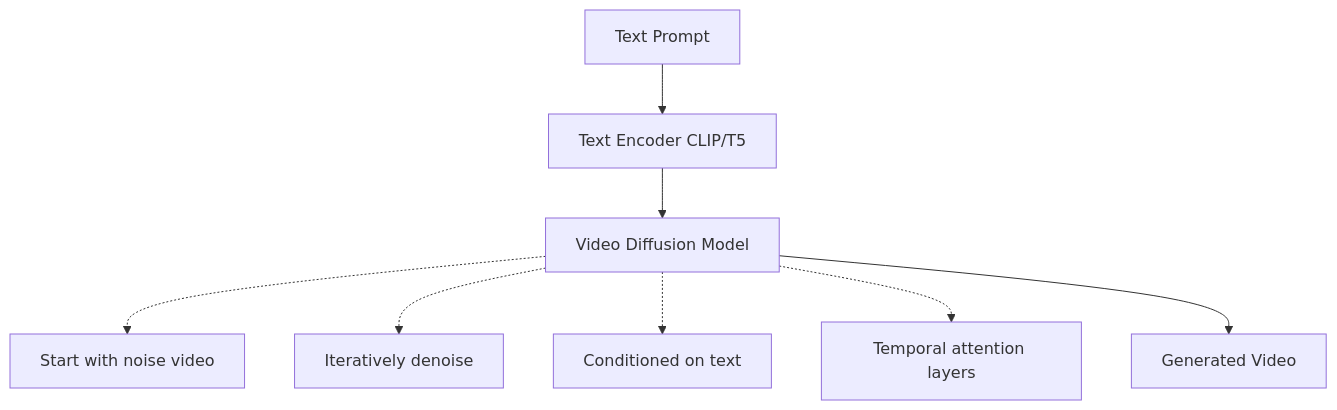
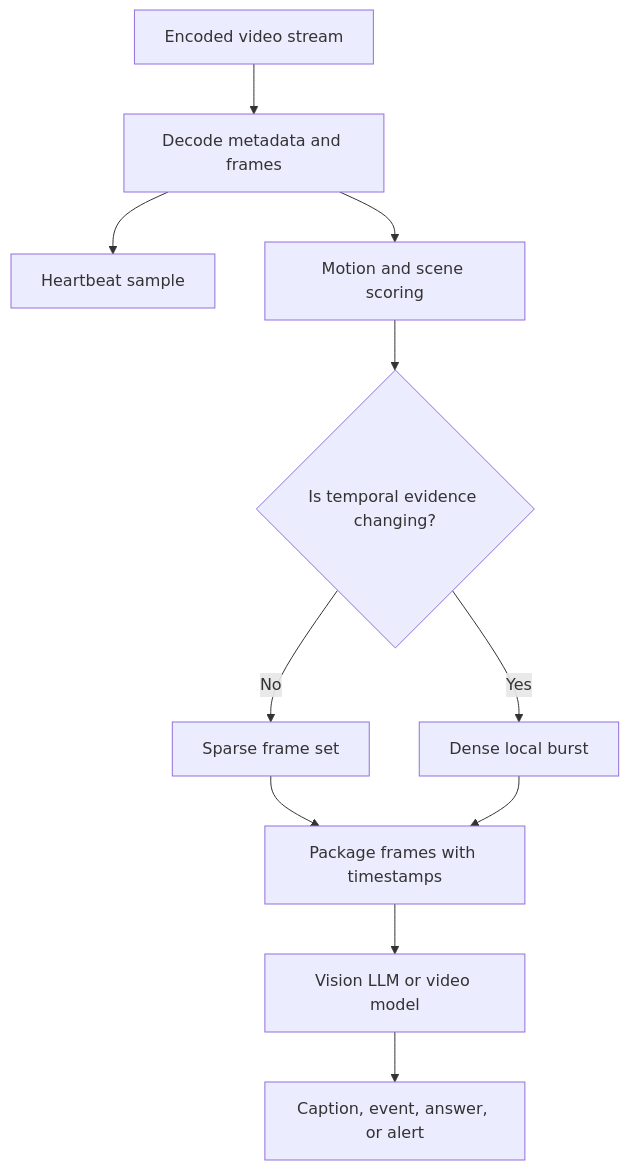
Before and after one commit to kube-dojo/kube-dojo: the first of 3 diagrams in src/content/docs/ai-ml-engineering/multimodal-ai/module-1.3-video-ai.md, drawn with Mermaid. The commit also changed other lines of this file and 2 other files, not shown here.

````diff
--- a/src/content/docs/ai-ml-engineering/multimodal-ai/module-1.3-video-ai.md
+++ b/src/content/docs/ai-ml-engineering/multimodal-ai/module-1.3-video-ai.md
@@ -358,10 +46,13 @@
 ```mermaid
 flowchart TD
-    Prompt[Text Prompt] --> Encoder[Text Encoder CLIP/T5]
-    Encoder --> Model[Video Diffusion Model]
-    Model -.-> N1[Start with noise video]
-    Model -.-> N2[Iteratively denoise]
-    Model -.-> N3[Conditioned on text]
-    Model -.-> N4[Temporal attention layers]
-    Model --> Video[Generated Video]
+    Video[Encoded video stream] --> Decode[Decode metadata and frames]
+    Decode --> Baseline[Heartbeat sample]
+    Decode --> Motion[Motion and scene scoring]
+    Motion --> Decision{Is temporal evidence changing?}
+    Decision -->|No| Sparse[Sparse frame set]
+    Decision -->|Yes| Burst[Dense local burst]
+    Sparse --> Pack[Package frames with timestamps]
+    Burst --> Pack
+    Pack --> Model[Vision LLM or video model]
+    Model --> Result[Caption, event, answer, or alert]
 ```
````
